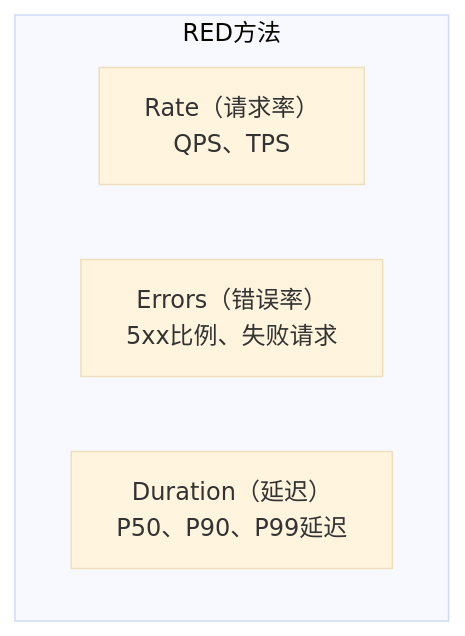
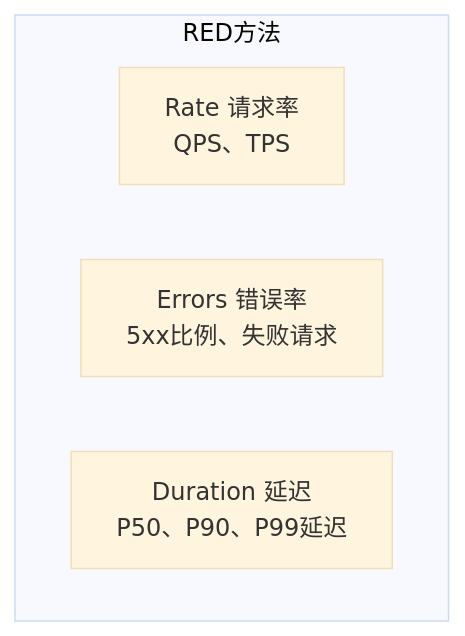
Before and after one commit to jpixy/jpixy.github.io: the second of 3 diagrams in content/articles/sre/sre-44-故障排查方法论与检查清单.md, drawn with Mermaid (base theme). The commit also changed other lines of this file and 66 other files, not shown here.

Commit message:
fix: resolve Mermaid syntax errors by removing parentheses in node labels

````diff
--- a/content/articles/sre/sre-44-故障排查方法论与检查清单.md
+++ b/content/articles/sre/sre-44-故障排查方法论与检查清单.md
@@ -59,8 +59,8 @@
 ```mermaid
 graph TB
     subgraph RED["RED方法"]
-        R["Rate（请求率）<br/>QPS、TPS"]
-        E2["Errors（错误率）<br/>5xx比例、失败请求"]
-        D["Duration（延迟）<br/>P50、P90、P99延迟"]
+        R["Rate 请求率<br/>QPS、TPS"]
+        E2["Errors 错误率<br/>5xx比例、失败请求"]
+        D["Duration 延迟<br/>P50、P90、P99延迟"]
     end
 ```
````
